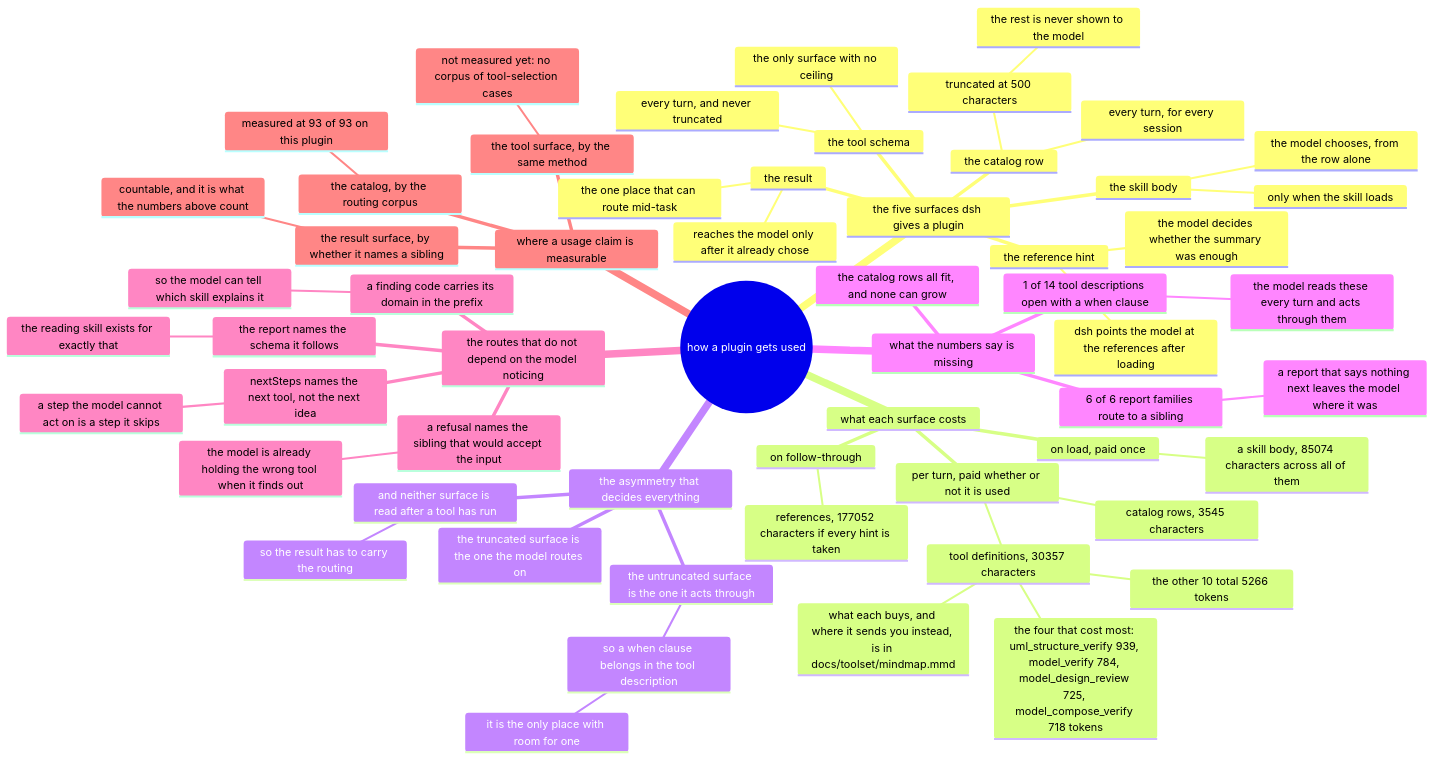
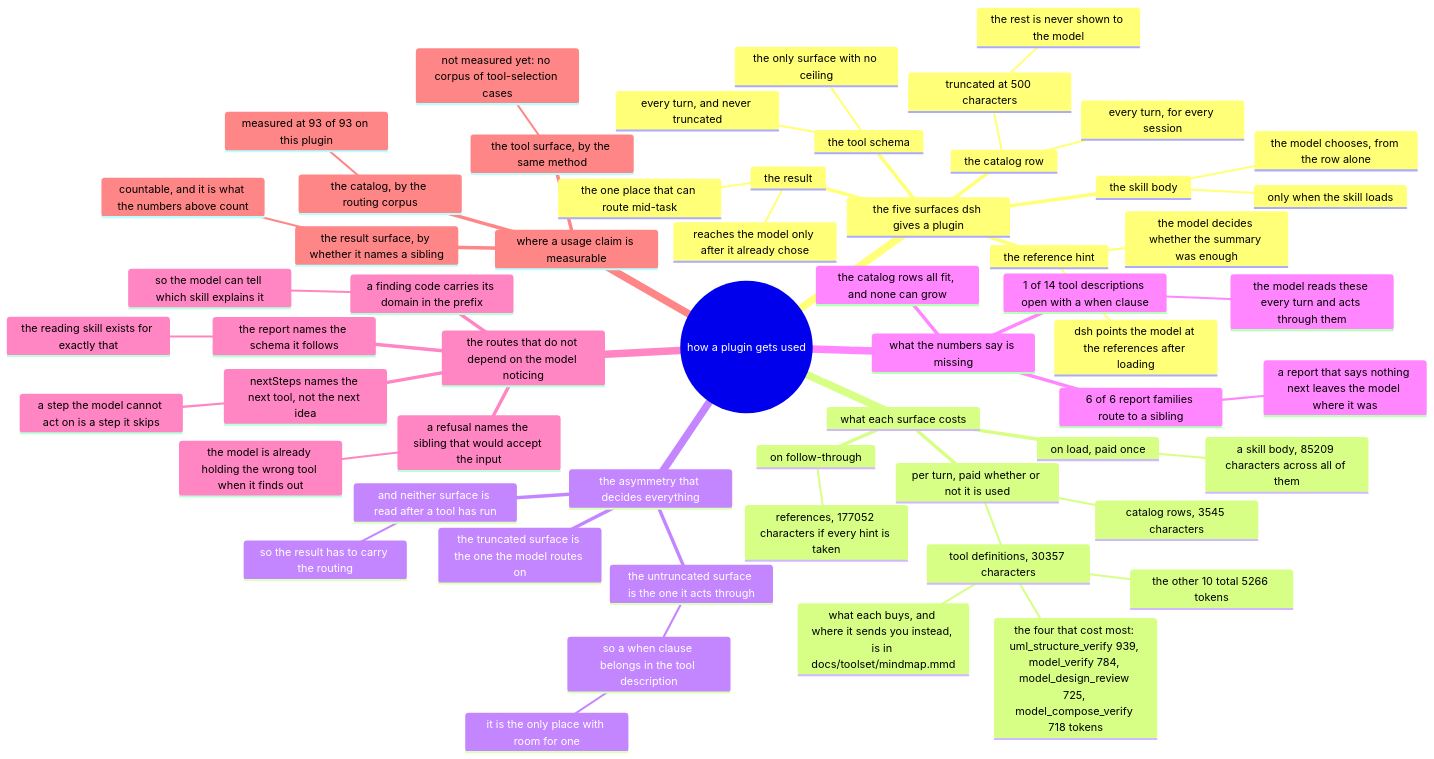
Before and after one commit to AmethystLuna/dsh-model-everything: the diagram in docs/usage/mindmap.mmd, drawn with Mermaid. The commit also changed 14 other files, not shown here.

```diff
--- a/docs/usage/mindmap.mmd
+++ b/docs/usage/mindmap.mmd
@@ -1,59 +1,59 @@
 mindmap
 root((how a plugin gets used))
   the five surfaces dsh gives a plugin
     the catalog row
       every turn, for every session
       truncated at 500 characters
         the rest is never shown to the model
     the skill body
       only when the skill loads
       the model chooses, from the row alone
     the reference hint
       dsh points the model at the references after loading
       the model decides whether the summary was enough
     the tool schema
       every turn, and never truncated
       the only surface with no ceiling
     the result
       reaches the model only after it already chose
       the one place that can route mid-task
   what each surface costs
     per turn, paid whether or not it is used
       catalog rows, 3545 characters
       tool definitions, 30357 characters
         the four that cost most: uml_structure_verify 939, model_verify 784, model_design_review 725, model_compose_verify 718 tokens
         the other 10 total 5266 tokens
         what each buys, and where it sends you instead, is in docs/toolset/mindmap.mmd
     on load, paid once
-      a skill body, 85074 characters across all of them
+      a skill body, 85209 characters across all of them
     on follow-through
       references, 177052 characters if every hint is taken
   the asymmetry that decides everything
     the truncated surface is the one the model routes on
     the untruncated surface is the one it acts through
       so a when clause belongs in the tool description
         it is the only place with room for one
     and neither surface is read after a tool has run
       so the result has to carry the routing
   what the numbers say is missing
     1 of 14 tool descriptions open with a when clause
       the model reads these every turn and acts through them
     6 of 6 report families route to a sibling
       a report that says nothing next leaves the model where it was
     the catalog rows all fit, and none can grow
   the routes that do not depend on the model noticing
     a refusal names the sibling that would accept the input
       the model is already holding the wrong tool when it finds out
     nextSteps names the next tool, not the next idea
       a step the model cannot act on is a step it skips
     a finding code carries its domain in the prefix
       so the model can tell which skill explains it
     the report names the schema it follows
       the reading skill exists for exactly that
   where a usage claim is measurable
     the catalog, by the routing corpus
       measured at 93 of 93 on this plugin
     the tool surface, by the same method
       not measured yet: no corpus of tool-selection cases
     the result surface, by whether it names a sibling
       countable, and it is what the numbers above count
```
